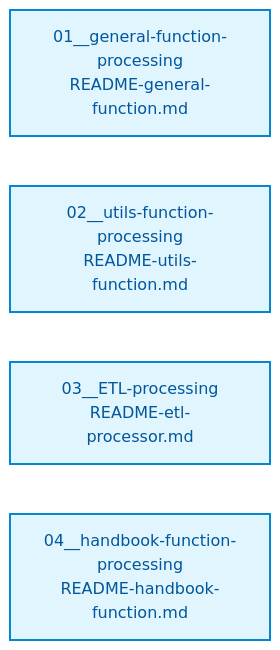
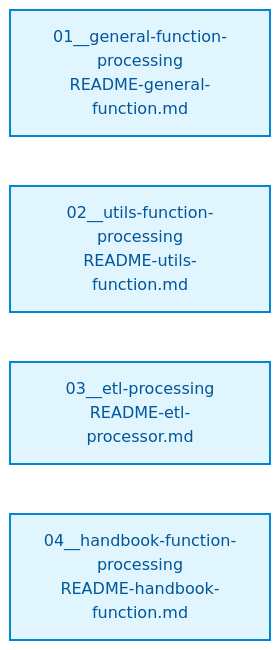
The second of 2 diagrams in README.md (Konkery/Project-1_2026-N2-MAS), drawn with Mermaid before and after one commit. The commit also changed other lines of this file and 13 other files, not shown here.

````diff
--- a/README.md
+++ b/README.md
@@ -226,9 +226,9 @@
 ```mermaid
 flowchart LR
     classDef doc fill:#E1F5FE,stroke:#0288D1,stroke-width:2px,color:#01579B;
 
     D1["01__general-function-processing<br/>README-general-function.md"]:::doc
     D2["02__utils-function-processing<br/>README-utils-function.md"]:::doc
-    D3["03__ETL-processing<br/>README-etl-processor.md"]:::doc
+    D3["03__etl-processing<br/>README-etl-processor.md"]:::doc
     D4["04__handbook-function-processing<br/>README-handbook-function.md"]:::doc
 ```
````
